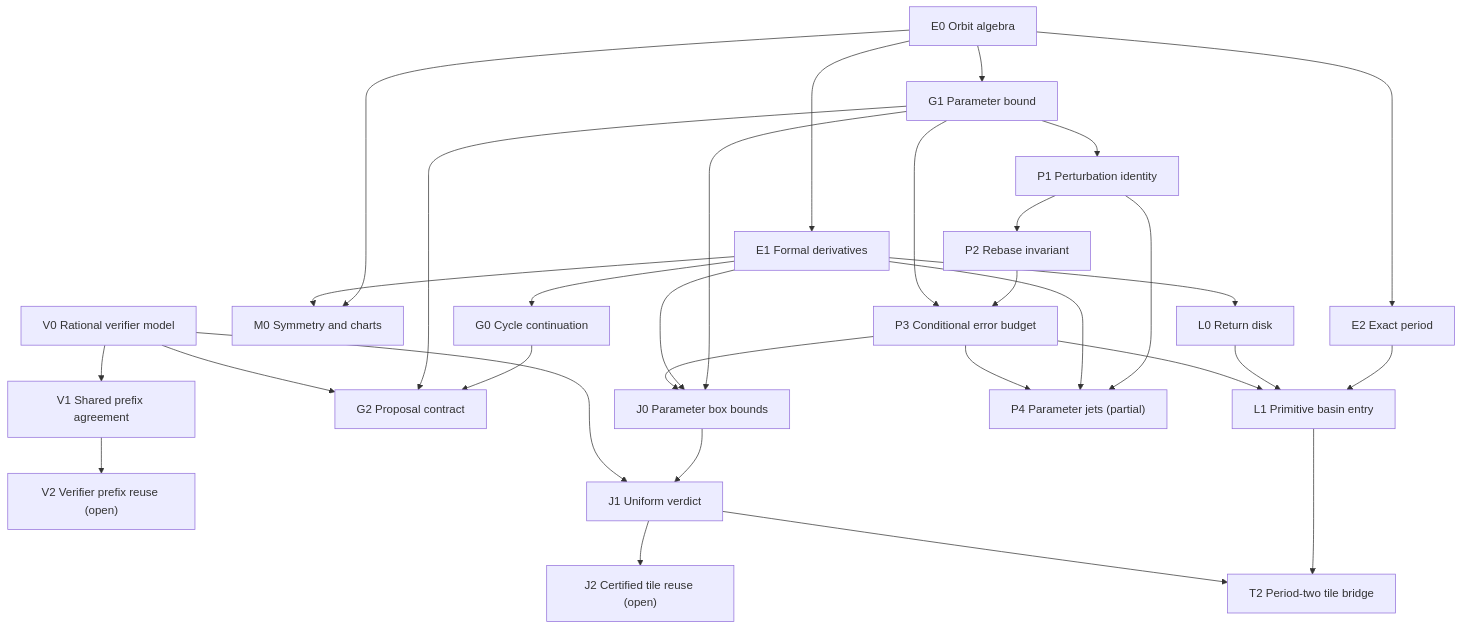
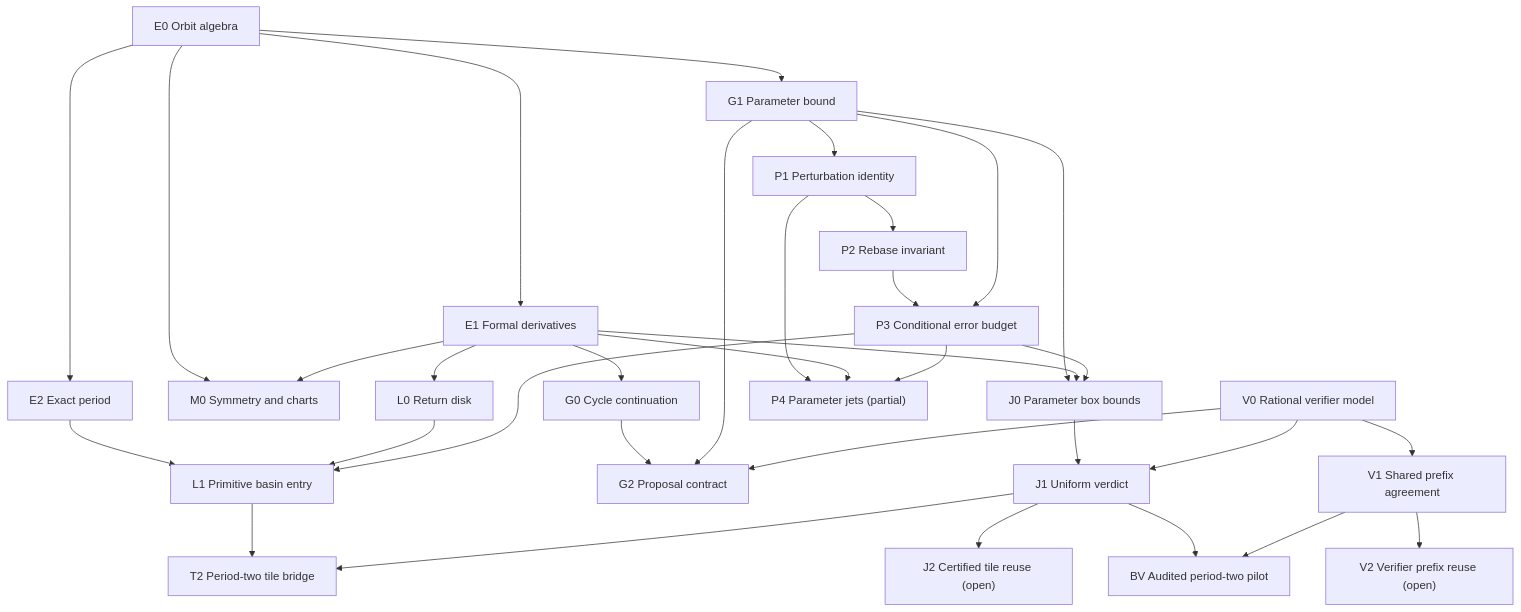
One commit to Aaron-Fine/int-M- changed the diagram in docs/verification/LEAN-PROOF-DAG.md. Above: the diagram before and after it, drawn with Mermaid. The commit also changed other lines of this file and 8 other files, not shown here.

Commit message:
Connect audited period-two frames to the verifier proofs and update the DAG

````diff
--- a/docs/verification/LEAN-PROOF-DAG.md
+++ b/docs/verification/LEAN-PROOF-DAG.md
@@ -7,34 +7,36 @@
 ```mermaid
 flowchart TD
   E0["E0 Orbit algebra"] --> E1["E1 Formal derivatives"]
   E0 --> E2["E2 Exact period"]
   E0 --> M0["M0 Symmetry and charts"]
   E1 --> M0
   V0["V0 Rational verifier model"]
   V0 --> V1["V1 Shared prefix agreement"]
   V1 --> V2["V2 Verifier prefix reuse (open)"]
   E1 --> G0["G0 Cycle continuation"]
   E0 --> G1["G1 Parameter bound"]
   G0 --> G2["G2 Proposal contract"]
   G1 --> G2
   V0 --> G2
   E1 --> L0["L0 Return disk"]
   E2 --> L1["L1 Primitive basin entry"]
   L0 --> L1
   G1 --> J0["J0 Parameter box bounds"]
   E1 --> J0
   J0 --> J1["J1 Uniform verdict"]
   V0 --> J1
   J1 --> J2["J2 Certified tile reuse (open)"]
+  J1 --> BV["BV Audited period-two pilot"]
+  V1 --> BV
   L1 --> T2["T2 Period-two tile bridge"]
   J1 --> T2
   G1 --> P1["P1 Perturbation identity"]
   P1 --> P2["P2 Rebase invariant"]
   P2 --> P3["P3 Conditional error budget"]
   G1 --> P3
   P3 --> J0
   P3 --> L1
   P1 --> P4["P4 Parameter jets (partial)"]
   E1 --> P4
   P3 --> P4
 ```
````
